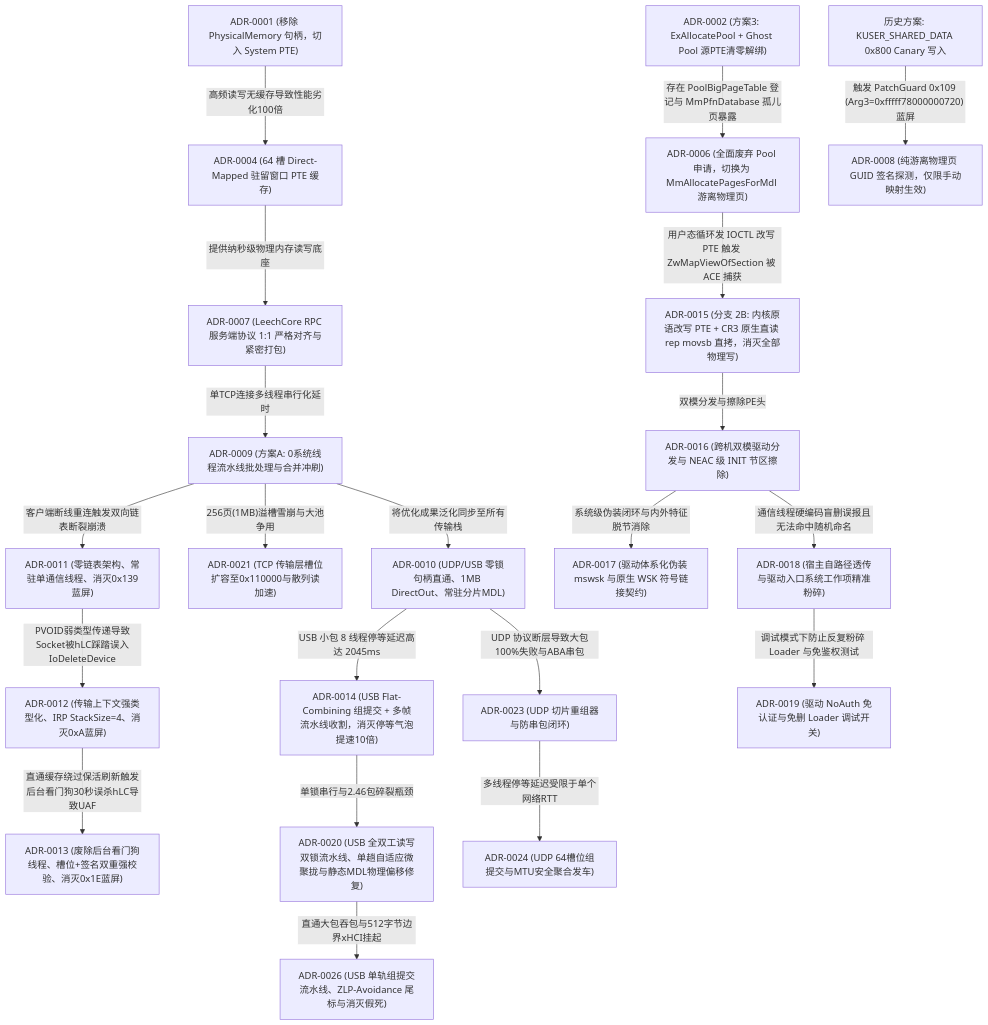
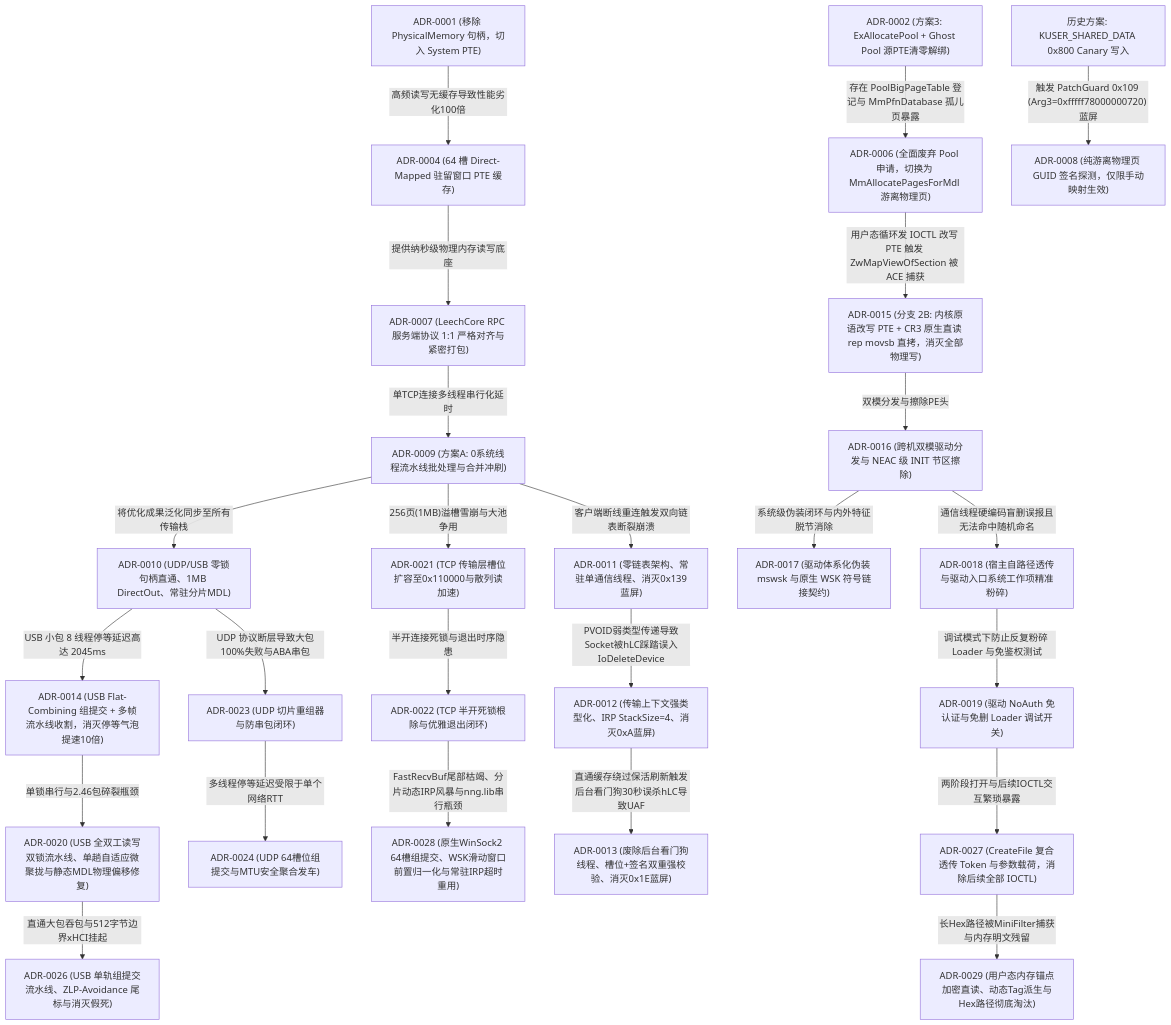
The diagram in docs/decisions/README.md (zhugeliang666/CheatDrv), drawn with Mermaid before and after one commit. The commit also changed other lines of this file and 18 other files, not shown here.

````diff
--- a/docs/decisions/README.md
+++ b/docs/decisions/README.md
@@ -42,24 +45,28 @@
 ```mermaid
 
 graph TD
     A["ADR-0002 (方案3: ExAllocatePool + Ghost Pool 源PTE清零解绑)"] --"存在 PoolBigPageTable 登记与 MmPfnDatabase 孤儿页暴露"--> B["ADR-0006 (全面废弃 Pool 申请，切换为 MmAllocatePagesForMdl 游离物理页)"]
     B --"用户态循环发 IOCTL 改写 PTE 触发 ZwMapViewOfSection 被 ACE 捕获"--> N["ADR-0015 (分支 2B: 内核原语改写 PTE + CR3 原生直读 rep movsb 直拷，消灭全部物理写)"]
     C["ADR-0001 (移除 PhysicalMemory 句柄，切入 System PTE)"] --"高频读写无缓存导致性能劣化100倍"--> D["ADR-0004 (64 槽 Direct-Mapped 驻留窗口 PTE 缓存)"]
     D --"提供纳秒级物理内存读写底座"--> E["ADR-0007 (LeechCore RPC 服务端协议 1:1 严格对齐与紧密打包)"]
     F["历史方案: KUSER_SHARED_DATA 0x800 Canary 写入"] --"触发 PatchGuard 0x109 (Arg3=0xfffff78000000720) 蓝屏"--> G["ADR-0008 (纯游离物理页 GUID 签名探测，仅限手动映射生效)"]
     E --"单TCP连接多线程串行化延时"--> H["ADR-0009 (方案A: 0系统线程流水线批处理与合并冲刷)"]
     H --"将优化成果泛化同步至所有传输栈"--> I["ADR-0010 (UDP/USB 零锁句柄直通、1MB DirectOut、常驻分片MDL)"]
     H --"256页(1MB)溢槽雪崩与大池争用"--> U["ADR-0021 (TCP 传输层槽位扩容至0x110000与散列读加速)"]
+    U --"半开连接死锁与退出时序隐患"--> Z1["ADR-0022 (TCP 半开死锁根除与优雅退出闭环)"]
+    Z1 --"FastRecvBuf尾部枯竭、分片动态IRP风暴与nng.lib串行瓶颈"--> Z2["ADR-0028 (原生WinSock2 64槽组提交、WSK滑动窗口前置归一化与常驻IRP超时重用)"]
     H --"客户端断线重连触发双向链表断裂崩溃"--> J["ADR-0011 (零链表架构、常驻单通信线程、消灭0x139蓝屏)"]
     J --"PVOID弱类型传递导致Socket被hLC踩踏误入IoDeleteDevice"--> K["ADR-0012 (传输上下文强类型化、IRP StackSize=4、消灭0xA蓝屏)"]
     K --"直通缓存绕过保活刷新触发后台看门狗30秒误杀hLC导致UAF"--> L["ADR-0013 (废除后台看门狗线程、槽位+签名双重强校验、消灭0x1E蓝屏)"]
     I --"USB 小包 8 线程停等延迟高达 2045ms"--> M["ADR-0014 (USB Flat-Combining 组提交 + 多帧流水线收割，消灭停等气泡提速10倍)"]
     M --"单锁串行与2.46包碎裂瓶颈"--> T["ADR-0020 (USB 全双工读写双锁流水线、单趟自适应微聚拢与静态MDL物理偏移修复)"]
     T --"直通大包吞包与512字节边界xHCI挂起"--> X["ADR-0026 (USB 单轨组提交流水线、ZLP-Avoidance 尾标与消灭假死)"]
     I --"UDP 协议断层导致大包100%失败与ABA串包"--> V["ADR-0023 (UDP 切片重组器与防串包闭环)"]
     V --"多线程停等延迟受限于单个网络RTT"--> W["ADR-0024 (UDP 64槽位组提交与MTU安全聚合发车)"]
     N --"双模分发与擦除PE头"--> P["ADR-0016 (跨机双模驱动分发与 NEAC 级 INIT 节区擦除)"]
     P --"系统级伪装闭环与内外特征脱节消除"--> Q["ADR-0017 (驱动体系化伪装 mswsk 与原生 WSK 符号链接契约)"]
     P --"通信线程硬编码盲删误报且无法命中随机命名"--> R["ADR-0018 (宿主自路径透传与驱动入口系统工作项精准粉碎)"]
     R --"调试模式下防止反复粉碎 Loader 与免鉴权测试"--> S["ADR-0019 (驱动 NoAuth 免认证与免删 Loader 调试开关)"]
+    S --"两阶段打开与后续IOCTL交互繁琐暴露"--> Y["ADR-0027 (CreateFile 复合透传 Token 与参数载荷，消除后续全部 IOCTL)"]
+    Y --"长Hex路径被MiniFilter捕获与内存明文残留"--> Z3["ADR-0029 (用户态内存锚点加密直读、动态Tag派生与Hex路径彻底淘汰)"]
 ```
````
